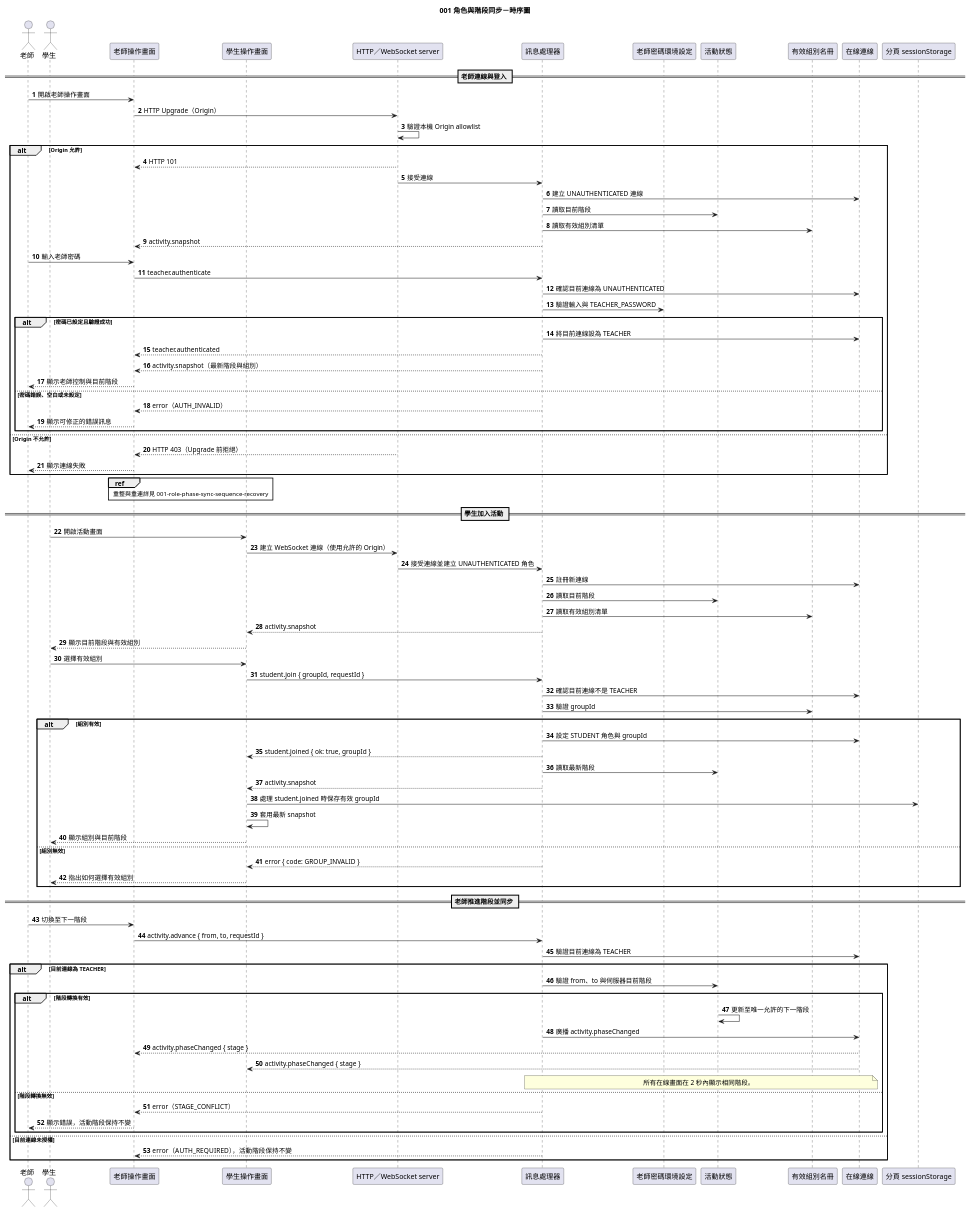
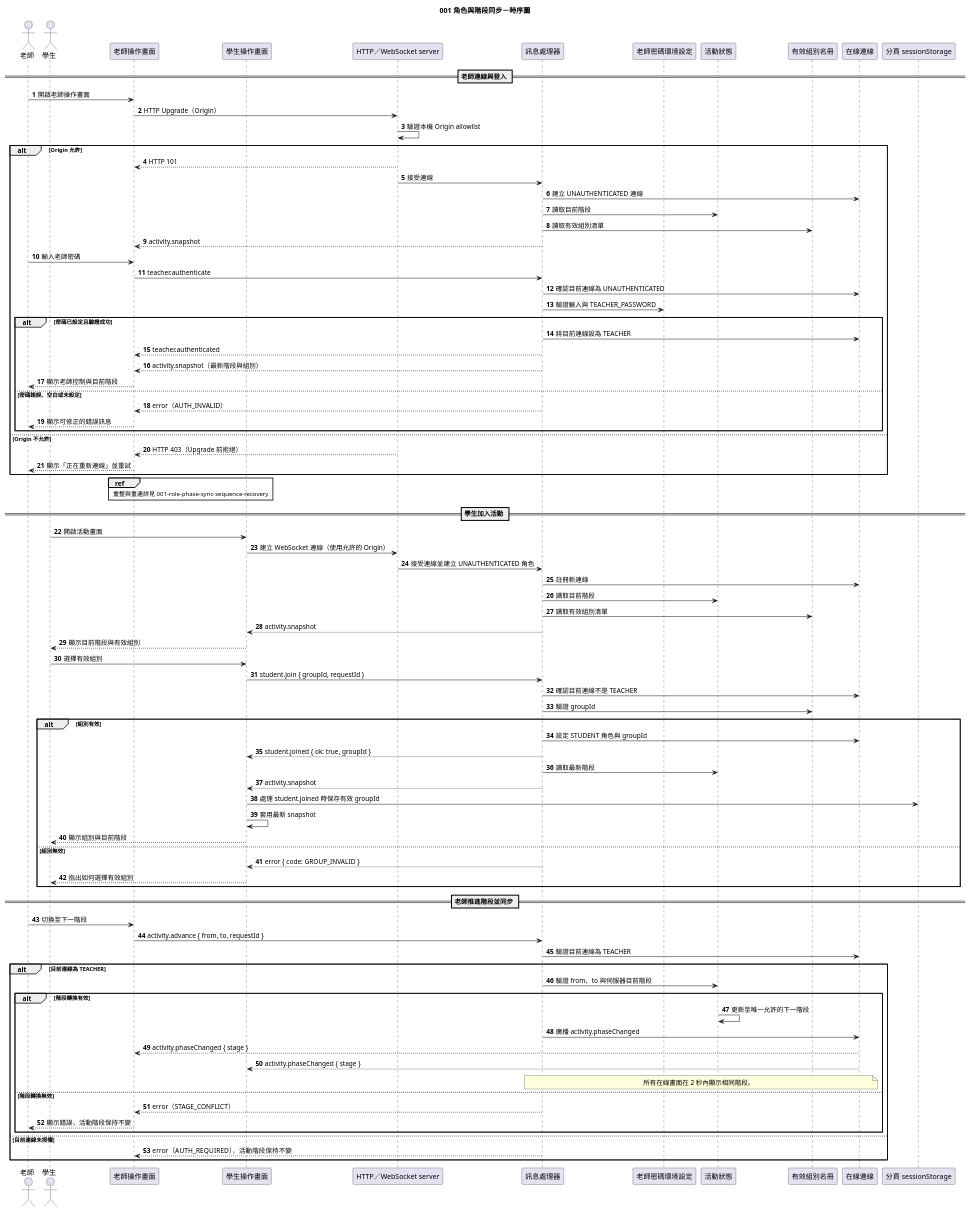
The diagram in diagrams/001-role-phase-sync-sequence.puml (ncuyvonne/speckit-buzzer), drawn with PlantUML before and after one commit. The commit also changed 13 other files, not shown here.

```diff
--- a/diagrams/001-role-phase-sync-sequence.puml
+++ b/diagrams/001-role-phase-sync-sequence.puml
@@ -1,96 +1,96 @@
 @startuml
 title 001 角色與階段同步－時序圖
 autonumber
 
 actor 老師
 actor 學生
 participant "老師操作畫面" as TeacherUI
 participant "學生操作畫面" as StudentUI
 participant "HTTP／WebSocket server" as WebSocketServer
 participant "訊息處理器" as Handler
 participant "老師密碼環境設定" as Credentials
 participant "活動狀態" as ActivityState
 participant "有效組別名冊" as GroupRoster
 participant "在線連線" as Connections
 participant "分頁 sessionStorage" as StudentStorage
 
 == 老師連線與登入 ==
 老師 -> TeacherUI : 開啟老師操作畫面
 TeacherUI -> WebSocketServer : HTTP Upgrade（Origin）
 WebSocketServer -> WebSocketServer : 驗證本機 Origin allowlist
 alt Origin 允許
   WebSocketServer --> TeacherUI : HTTP 101
   WebSocketServer -> Handler : 接受連線
   Handler -> Connections : 建立 UNAUTHENTICATED 連線
   Handler -> ActivityState : 讀取目前階段
   Handler -> GroupRoster : 讀取有效組別清單
   Handler --> TeacherUI : activity.snapshot
   老師 -> TeacherUI : 輸入老師密碼
   TeacherUI -> Handler : teacher.authenticate
   Handler -> Connections : 確認目前連線為 UNAUTHENTICATED
   Handler -> Credentials : 驗證輸入與 TEACHER_PASSWORD
   alt 密碼已設定且驗證成功
     Handler -> Connections : 將目前連線設為 TEACHER
     Handler --> TeacherUI : teacher.authenticated
     Handler --> TeacherUI : activity.snapshot（最新階段與組別）
     TeacherUI --> 老師 : 顯示老師控制與目前階段
   else 密碼錯誤、空白或未設定
     Handler --> TeacherUI : error（AUTH_INVALID）
     TeacherUI --> 老師 : 顯示可修正的錯誤訊息
   end
 else Origin 不允許
   WebSocketServer --> TeacherUI : HTTP 403（Upgrade 前拒絕）
-  TeacherUI --> 老師 : 顯示連線失敗
+  TeacherUI --> 老師 : 顯示「正在重新連線」並重試
 end
 
 ref over TeacherUI,StudentUI : 重整與重連詳見 001-role-phase-sync-sequence-recovery
 
 == 學生加入活動 ==
 學生 -> StudentUI : 開啟活動畫面
 StudentUI -> WebSocketServer : 建立 WebSocket 連線（使用允許的 Origin）
 WebSocketServer -> Handler : 接受連線並建立 UNAUTHENTICATED 角色
 Handler -> Connections : 註冊新連線
 Handler -> ActivityState : 讀取目前階段
 Handler -> GroupRoster : 讀取有效組別清單
 Handler --> StudentUI : activity.snapshot
 StudentUI --> 學生 : 顯示目前階段與有效組別
 學生 -> StudentUI : 選擇有效組別
 StudentUI -> Handler : student.join { groupId, requestId }
 Handler -> Connections : 確認目前連線不是 TEACHER
 Handler -> GroupRoster : 驗證 groupId
 alt 組別有效
   Handler -> Connections : 設定 STUDENT 角色與 groupId
   Handler --> StudentUI : student.joined { ok: true, groupId }
   Handler -> ActivityState : 讀取最新階段
   Handler --> StudentUI : activity.snapshot
   StudentUI -> StudentStorage : 處理 student.joined 時保存有效 groupId
   StudentUI -> StudentUI : 套用最新 snapshot
   StudentUI --> 學生 : 顯示組別與目前階段
 else 組別無效
   Handler --> StudentUI : error { code: GROUP_INVALID }
   StudentUI --> 學生 : 指出如何選擇有效組別
 end
 
 == 老師推進階段並同步 ==
 老師 -> TeacherUI : 切換至下一階段
 TeacherUI -> Handler : activity.advance { from, to, requestId }
 Handler -> Connections : 驗證目前連線為 TEACHER
 alt 目前連線為 TEACHER
   Handler -> ActivityState : 驗證 from、to 與伺服器目前階段
   alt 階段轉換有效
     ActivityState -> ActivityState : 更新至唯一允許的下一階段
     Handler -> Connections : 廣播 activity.phaseChanged
     Connections --> TeacherUI : activity.phaseChanged { stage }
     Connections --> StudentUI : activity.phaseChanged { stage }
     note over Handler,Connections
       所有在線畫面在 2 秒內顯示相同階段。
     end note
   else 階段轉換無效
     Handler --> TeacherUI : error（STAGE_CONFLICT）
     TeacherUI --> 老師 : 顯示錯誤，活動階段保持不變
   end
 else 目前連線未授權
   Handler --> TeacherUI : error（AUTH_REQUIRED），活動階段保持不變
 end
 
 @enduml
```
